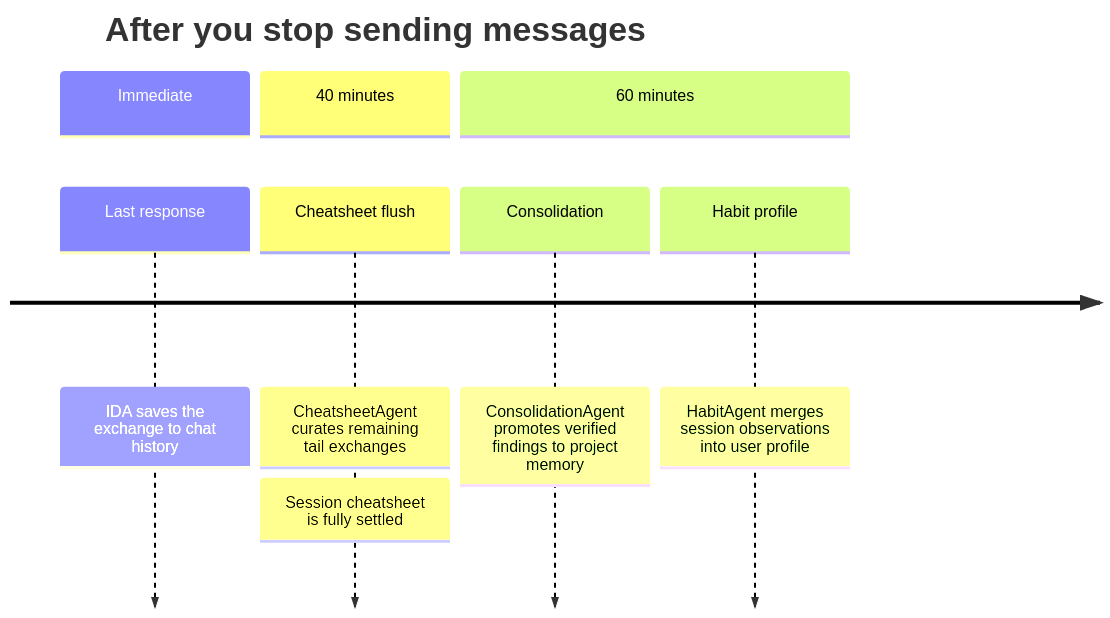
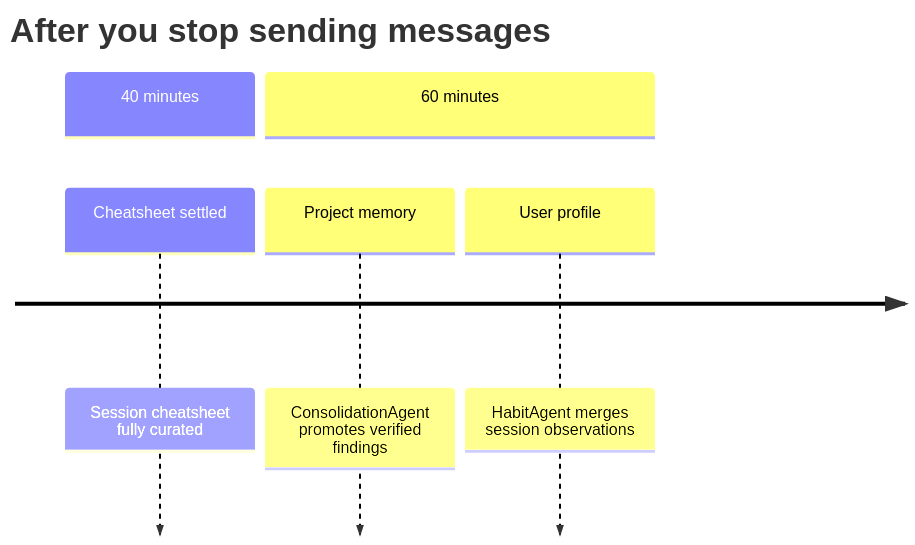
The diagram in persistent_memory.md (wiedersehne/Ida-arch), drawn with Mermaid before and after one commit. The commit also changed other lines of this file, not shown here.

````diff
--- a/persistent_memory.md
+++ b/persistent_memory.md
@@ -122,12 +124,9 @@
 ```mermaid
 timeline
     title After you stop sending messages
-    section Immediate
-        Last response : IDA saves the exchange to chat history
     section 40 minutes
-        Cheatsheet flush : CheatsheetAgent curates remaining tail exchanges
-                        : Session cheatsheet is fully settled
+        Cheatsheet settled : Session cheatsheet fully curated
     section 60 minutes
-        Consolidation : ConsolidationAgent promotes verified findings to project memory
-        Habit profile : HabitAgent merges session observations into user profile
+        Project memory : ConsolidationAgent promotes verified findings
+        User profile   : HabitAgent merges session observations
 ```
````
